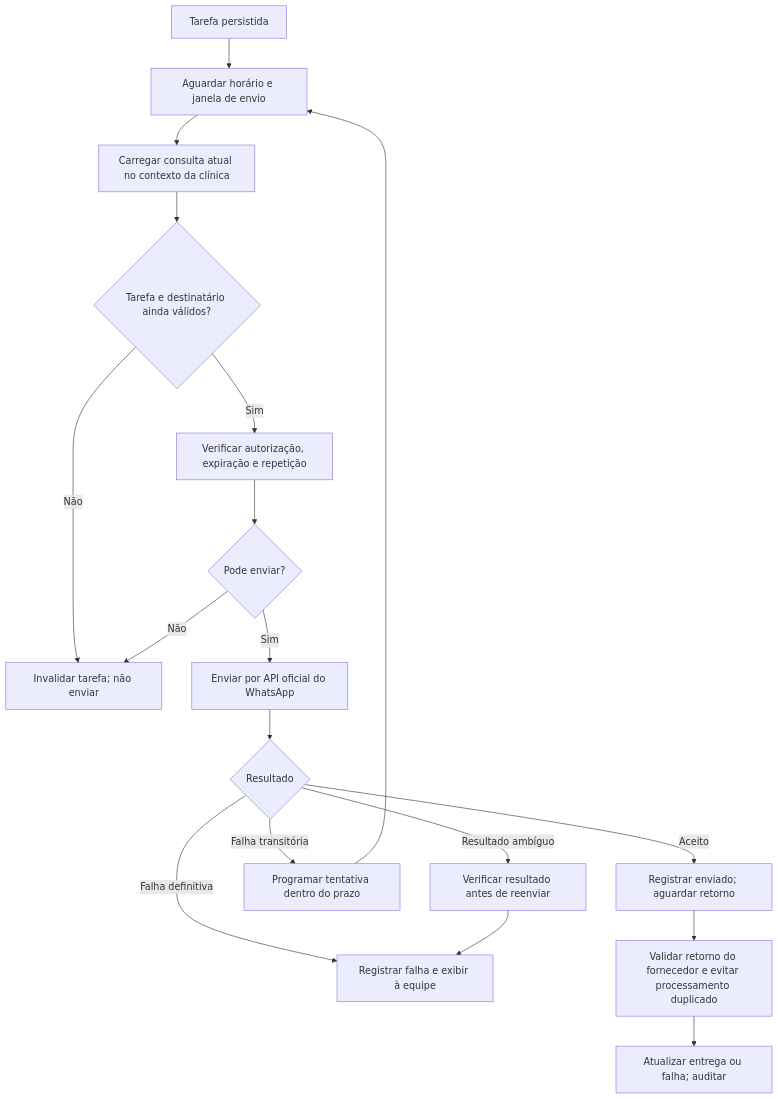
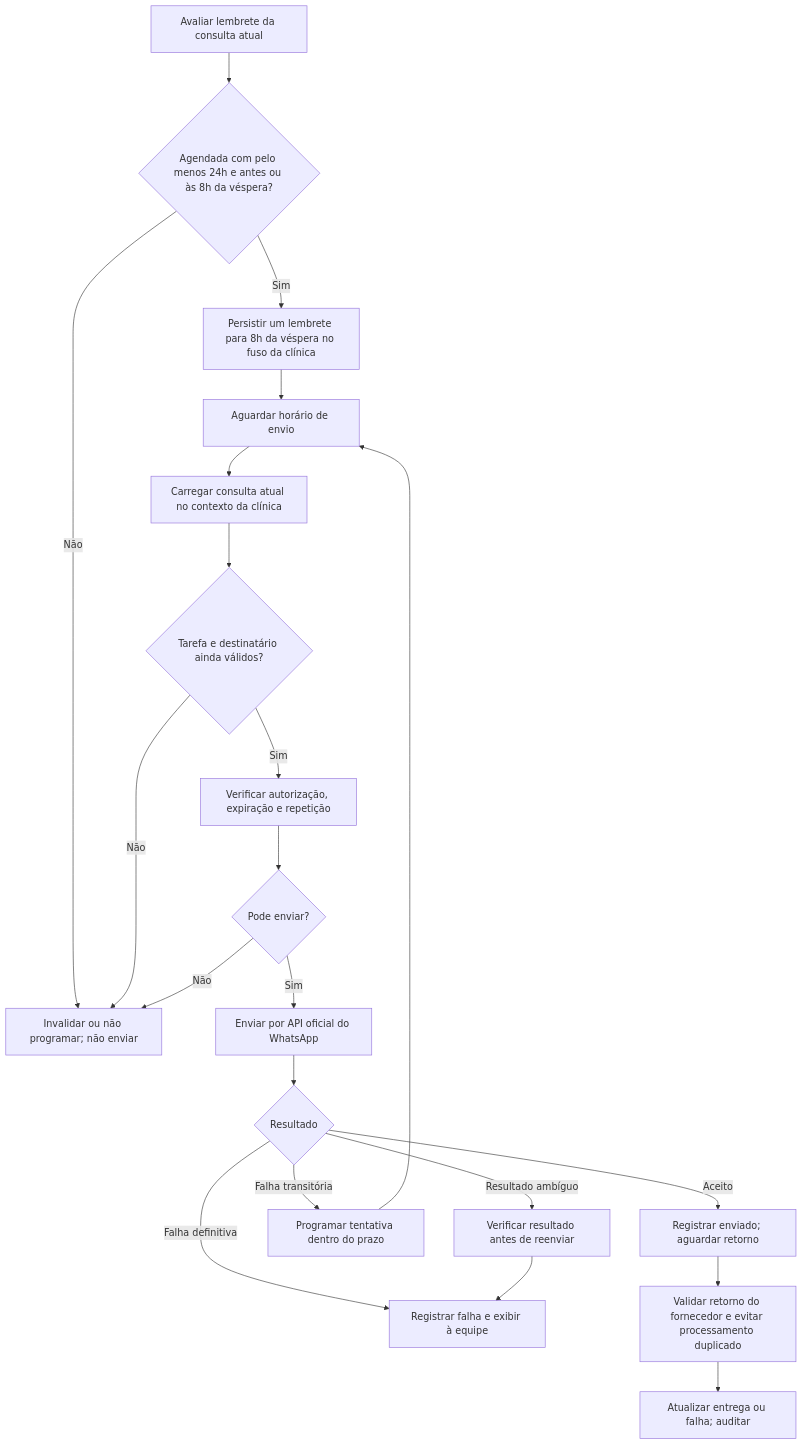
One commit to ArthurSarva/IntegraConsultas changed the sixth of 7 diagrams in docs/fluxograma-sistema.md. Above: the diagram before and after it, drawn with Mermaid. The commit also changed other lines of this file, not shown here.

````diff
--- a/docs/fluxograma-sistema.md
+++ b/docs/fluxograma-sistema.md
@@ -143,20 +143,23 @@
 ```mermaid
 flowchart TD
-    A["Tarefa persistida"] --> B["Aguardar horário e janela de envio"]
+    A["Avaliar lembrete da consulta atual"] --> A1{"Agendada com pelo menos 24h e antes ou às 8h da véspera?"}
+    A1 -->|Não| E["Não enviar lembrete tardio"]
+    A1 -->|Sim| A2["Persistir um lembrete para 8h da véspera no fuso da clínica"]
+    A2 --> B["Aguardar horário de envio"]
     B --> C["Carregar consulta atual no contexto da clínica"]
     C --> D{"Tarefa e destinatário ainda válidos?"}
-    D -->|Não| E["Invalidar tarefa; não enviar"]
+    D -->|Não| E["Invalidar ou não programar; não enviar"]
     D -->|Sim| F["Verificar autorização, expiração e repetição"]
     F --> G{"Pode enviar?"}
     G -->|Não| E
     G -->|Sim| H["Enviar por API oficial do WhatsApp"]
     H --> I{"Resultado"}
     I -->|Aceito| J["Registrar enviado; aguardar retorno"]
     I -->|Falha transitória| K["Programar tentativa dentro do prazo"]
     I -->|Resultado ambíguo| L["Verificar resultado antes de reenviar"]
     I -->|Falha definitiva| M["Registrar falha e exibir à equipe"]
     K --> B
     L --> M
     J --> N["Validar retorno do fornecedor e evitar processamento duplicado"]
     N --> O["Atualizar entrega ou falha; auditar"]
 ```
````
